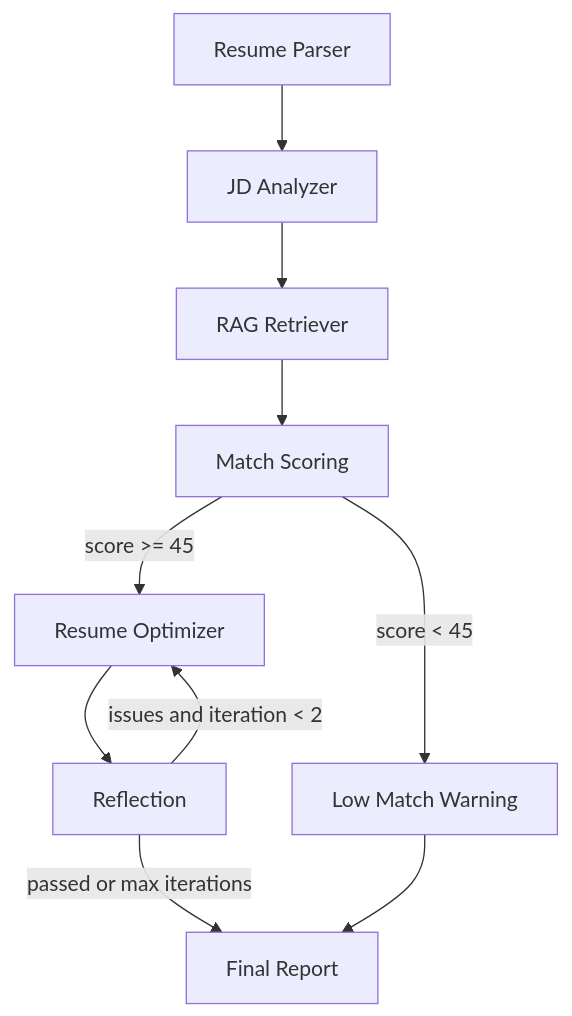
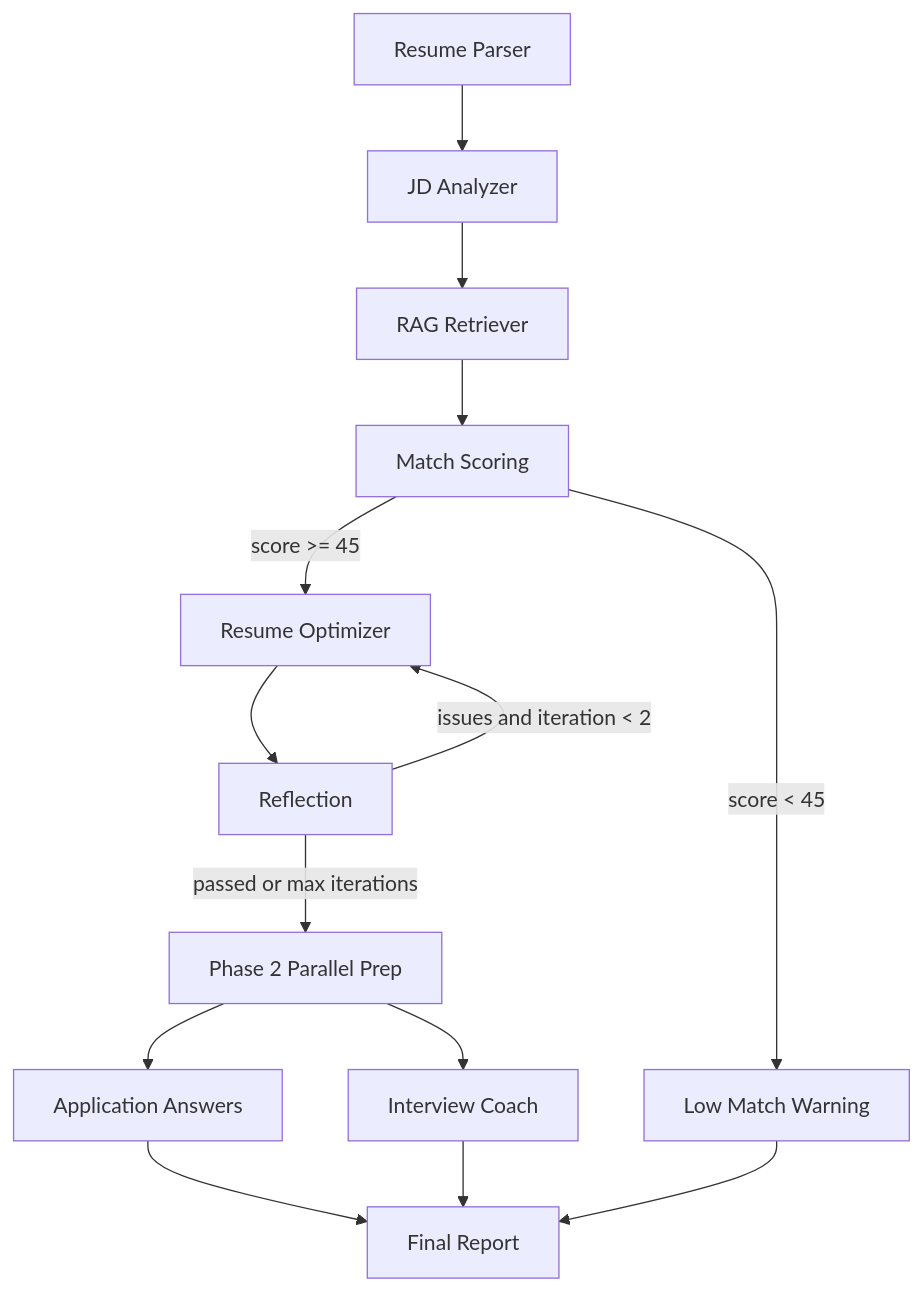
One commit to BPLYC/CareerPilot-AI changed the diagram in README.md. Above: the diagram before and after it, drawn with Mermaid. The commit also changed other lines of this file and 19 other files, not shown here.

````diff
--- a/README.md
+++ b/README.md
@@ -39,12 +40,16 @@
 ```mermaid
 flowchart TD
     A["Resume Parser"] --> B["JD Analyzer"]
     B --> C["RAG Retriever"]
     C --> D["Match Scoring"]
     D -->|"score < 45"| E["Low Match Warning"]
     D -->|"score >= 45"| F["Resume Optimizer"]
     F --> G["Reflection"]
     G -->|"issues and iteration < 2"| F
-    G -->|"passed or max iterations"| H["Final Report"]
-    E --> H
+    G -->|"passed or max iterations"| H["Phase 2 Parallel Prep"]
+    H --> I["Application Answers"]
+    H --> J["Interview Coach"]
+    I --> K["Final Report"]
+    J --> K
+    E --> K
 ```
````
